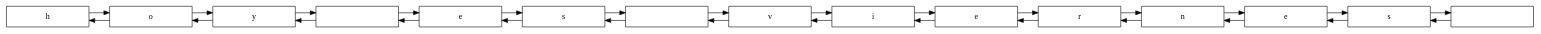
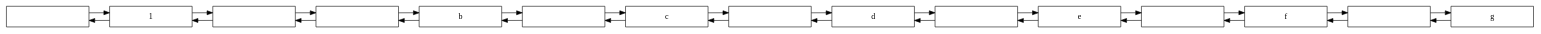
One commit to ChrisUSAC/EDD_1S2020_P1_201709272 changed the diagram in uedit/ReporteListaDoble.dot. Above: the diagram before and after it, drawn with Graphviz. The commit also changed 16 other files, not shown here.

```diff
--- a/uedit/ReporteListaDoble.dot
+++ b/uedit/ReporteListaDoble.dot
@@ -1,48 +1,48 @@
 digraph G{ 
 rankdir=LR 
 node[ shape = box] 
-0[label = "h" width=2.0 ]; 
-1[label = "o" width=2.0 ]; 
-2[label = "y" width=2.0 ]; 
+0[label = " " width=2.0 ]; 
+1[label = "1" width=2.0 ]; 
+2[label = "
+" width=2.0 ]; 
 3[label = " " width=2.0 ]; 
-4[label = "e" width=2.0 ]; 
-5[label = "s" width=2.0 ]; 
-6[label = " " width=2.0 ]; 
-7[label = "v" width=2.0 ]; 
-8[label = "i" width=2.0 ]; 
-9[label = "e" width=2.0 ]; 
-10[label = "r" width=2.0 ]; 
-11[label = "n" width=2.0 ]; 
-12[label = "e" width=2.0 ]; 
-13[label = "s" width=2.0 ]; 
-14[label = "
-" width=2.0 ]; 
+4[label = "b" width=2.0 ]; 
+5[label = " " width=2.0 ]; 
+6[label = "c" width=2.0 ]; 
+7[label = " " width=2.0 ]; 
+8[label = "d" width=2.0 ]; 
+9[label = " " width=2.0 ]; 
+10[label = "e" width=2.0 ]; 
+11[label = " " width=2.0 ]; 
+12[label = "f" width=2.0 ]; 
+13[label = " " width=2.0 ]; 
+14[label = "g" width=2.0 ]; 
 0 -> 1[dir = back]; 
 0 -> 1 
 1 -> 2[dir = back]; 
 1 -> 2 
 2 -> 3[dir = back]; 
 2 -> 3 
 3 -> 4[dir = back]; 
 3 -> 4 
 4 -> 5[dir = back]; 
 4 -> 5 
 5 -> 6[dir = back]; 
 5 -> 6 
 6 -> 7[dir = back]; 
 6 -> 7 
 7 -> 8[dir = back]; 
 7 -> 8 
 8 -> 9[dir = back]; 
 8 -> 9 
 9 -> 10[dir = back]; 
 9 -> 10 
 10 -> 11[dir = back]; 
 10 -> 11 
 11 -> 12[dir = back]; 
 11 -> 12 
 12 -> 13[dir = back]; 
 12 -> 13 
 13 -> 14[dir = back]; 
 13 -> 14 
 }
```
